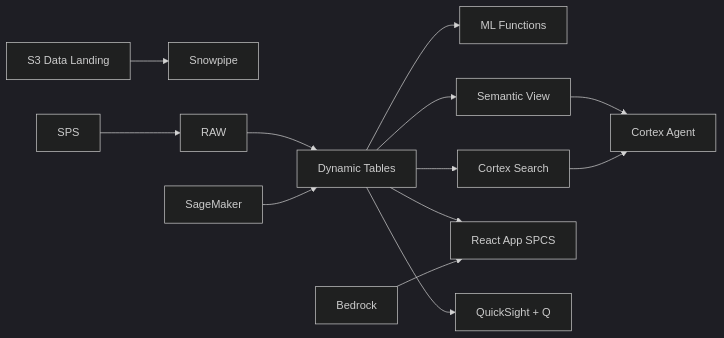
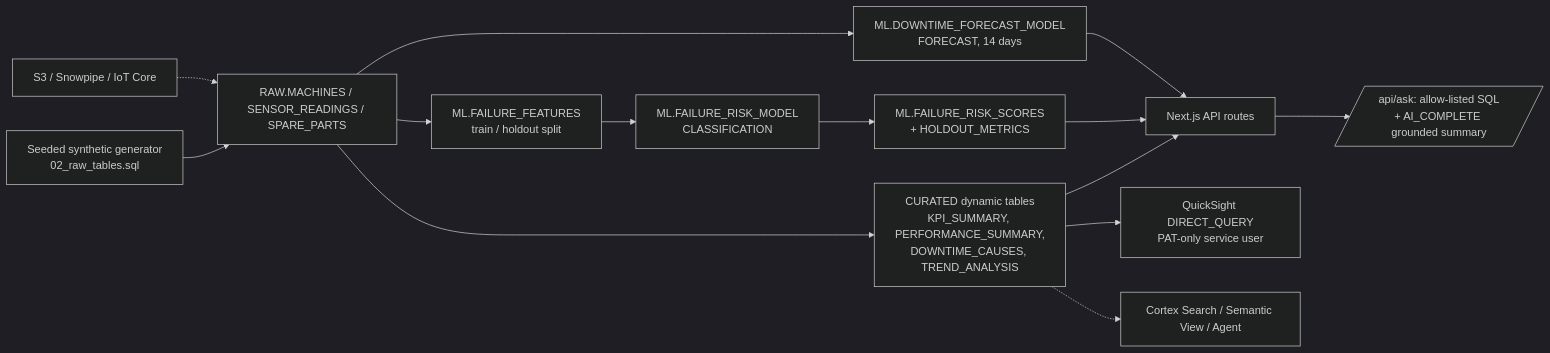
The diagram in README.md (sfc-gh-jasvestis/aws-vietnam-electronics-maintenance), drawn with Mermaid (dark theme) before and after one commit. The commit also changed other lines of this file and 2 other files, not shown here.

First line of the commit message:
Correct business claims and architecture to match validated build

````diff
--- a/README.md
+++ b/README.md
@@ -52,15 +52,16 @@
 ```mermaid
 flowchart LR
-    S3[S3 Data Landing] --> SP[Snowpipe]
-    SPS --> RAW
-    RAW --> DT[Dynamic Tables]
-    DT --> ML[ML Functions]
-    DT --> SEARCH[Cortex Search]
-    DT --> SV[Semantic View]
-    SV --> AGENT[Cortex Agent]
-    SEARCH --> AGENT
-    DT --> APP[React App SPCS]
-    SM[SageMaker] --> DT
-    BR[Bedrock] --> APP
-    DT --> QS[QuickSight + Q]
+    GEN[Seeded synthetic generator<br/>02_raw_tables.sql] --> RAW[RAW.MACHINES / SENSOR_READINGS / SPARE_PARTS]
+    RAW --> DT[CURATED dynamic tables<br/>KPI_SUMMARY, PERFORMANCE_SUMMARY,<br/>DOWNTIME_CAUSES, TREND_ANALYSIS]
+    RAW --> FEAT[ML.FAILURE_FEATURES<br/>train / holdout split]
+    FEAT --> CLS[ML.FAILURE_RISK_MODEL<br/>CLASSIFICATION]
+    CLS --> SCORES[ML.FAILURE_RISK_SCORES<br/>+ HOLDOUT_METRICS]
+    RAW --> FC[ML.DOWNTIME_FORECAST_MODEL<br/>FORECAST, 14 days]
+    DT --> API[Next.js API routes]
+    SCORES --> API
+    FC --> API
+    API --> ASK[/api/ask: allow-listed SQL<br/>+ AI_COMPLETE grounded summary/]
+    DT --> QS[QuickSight DIRECT_QUERY<br/>PAT-only service user]
+    DT -.-> SRCH[Cortex Search / Semantic View / Agent]
+    S3[S3 / Snowpipe / IoT Core] -.-> RAW
 ```
````
